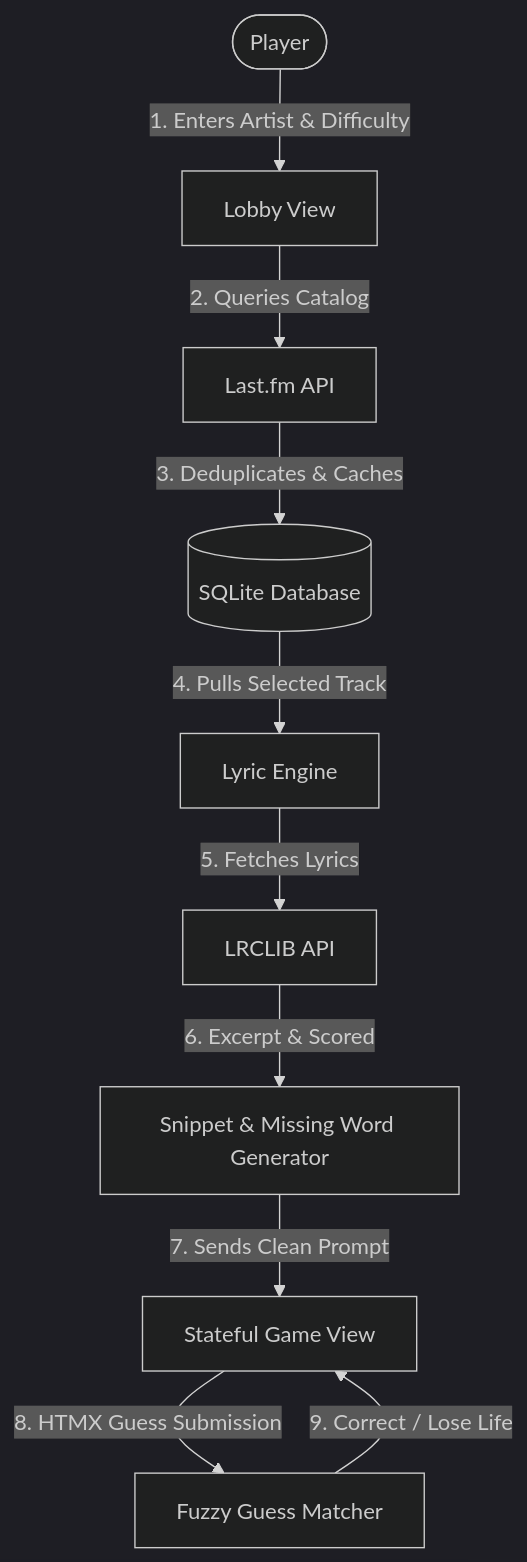
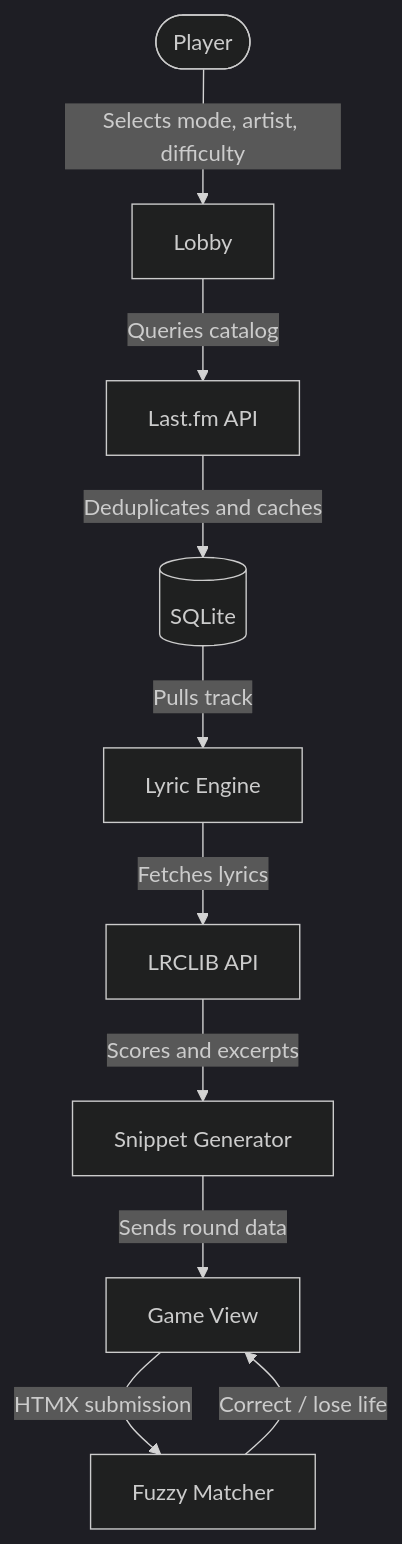
One commit to kristus310/falsetto changed the diagram in README.md. Above: the diagram before and after it, drawn with Mermaid (dark theme). The commit also changed other lines of this file and 16 other files, not shown here.

````diff
--- a/README.md
+++ b/README.md
@@ -48,12 +82,12 @@
 ```mermaid
 graph TD
-    User([Player]) -->|1. Enters Artist & Difficulty| Lobby[Lobby View]
-    Lobby -->|2. Queries Catalog| LastFM[Last.fm API]
-    LastFM -->|3. Deduplicates & Caches| DB[(SQLite Database)]
-    DB -->|4. Pulls Selected Track| LyricEngine[Lyric Engine]
-    LyricEngine -->|5. Fetches Lyrics| LRCLIB[LRCLIB API]
-    LRCLIB -->|6. Excerpt & Scored| Excerpt[Snippet & Missing Word Generator]
-    Excerpt -->|7. Sends Clean Prompt| GameLoop[Stateful Game View]
-    GameLoop -->|8. HTMX Guess Submission| FuzzyMatch[Fuzzy Guess Matcher]
-    FuzzyMatch -->|9. Correct / Lose Life| GameLoop
+    User([Player]) -->|Selects mode, artist, difficulty| Lobby[Lobby]
+    Lobby -->|Queries catalog| LastFM[Last.fm API]
+    LastFM -->|Deduplicates and caches| DB[(SQLite)]
+    DB -->|Pulls track| LyricEngine[Lyric Engine]
+    LyricEngine -->|Fetches lyrics| LRCLIB[LRCLIB API]
+    LRCLIB -->|Scores and excerpts| Generator[Snippet Generator]
+    Generator -->|Sends round data| GameLoop[Game View]
+    GameLoop -->|HTMX submission| FuzzyMatch[Fuzzy Matcher]
+    FuzzyMatch -->|Correct / lose life| GameLoop
 ```
````
